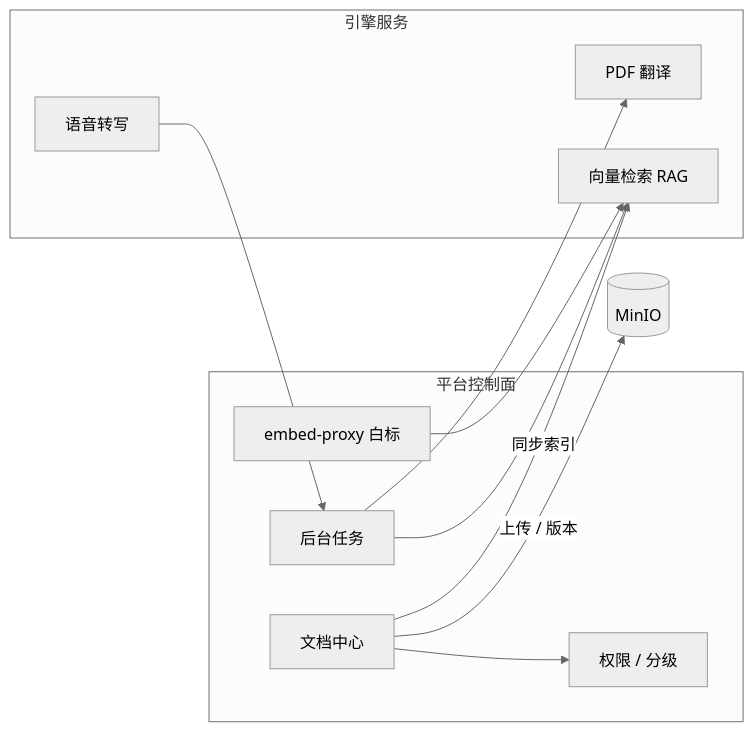
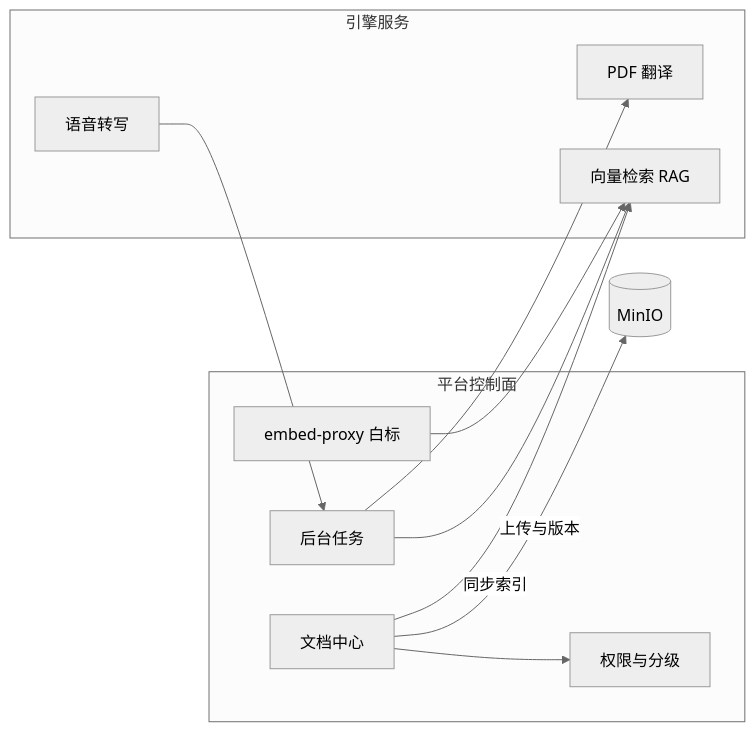
One commit to zhibinQiu/benxi changed the second of 5 diagrams in 运维部署指南.md. Above: the diagram before and after it, drawn with Mermaid (neutral theme). The commit also changed other lines of this file and 338 other files, not shown here.

````diff
--- a/运维部署指南.md
+++ b/运维部署指南.md
@@ -107,23 +111,23 @@
 ```mermaid
 flowchart LR
-  subgraph platform [平台控制面]
+  subgraph platform["平台控制面"]
     DOC[文档中心]
-    RBAC[权限 / 分级]
+    RBAC[权限与分级]
     JOB[后台任务]
     EMB[embed-proxy 白标]
   end
 
-  subgraph engines [引擎服务]
+  subgraph engines["引擎服务"]
     PDF[PDF 翻译]
     RAG[向量检索 RAG]
     ASR[语音转写]
   end
 
   DOC --> RBAC
-  DOC -->|"上传 / 版本"| MN2[(MinIO)]
-  DOC -->|"同步索引"| RAG
+  DOC -->|上传与版本| MN2[(MinIO)]
+  DOC -->|同步索引| RAG
   JOB --> PDF
   JOB --> RAG
   EMB --> RAG
   ASR --> JOB
 ```
````
